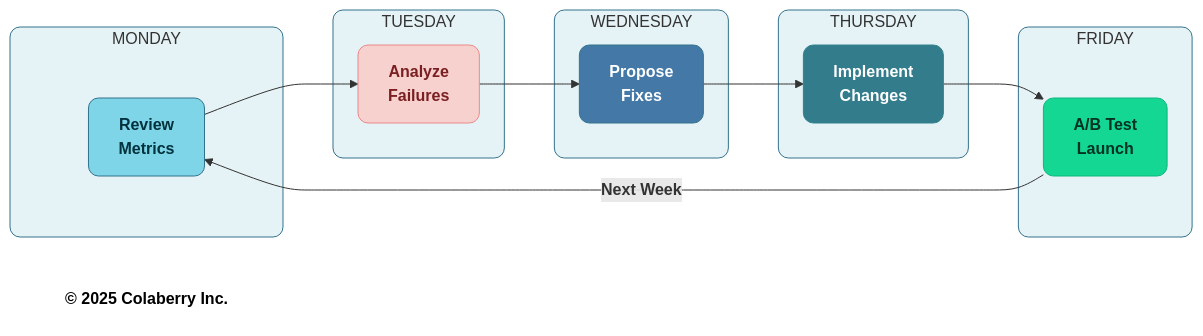
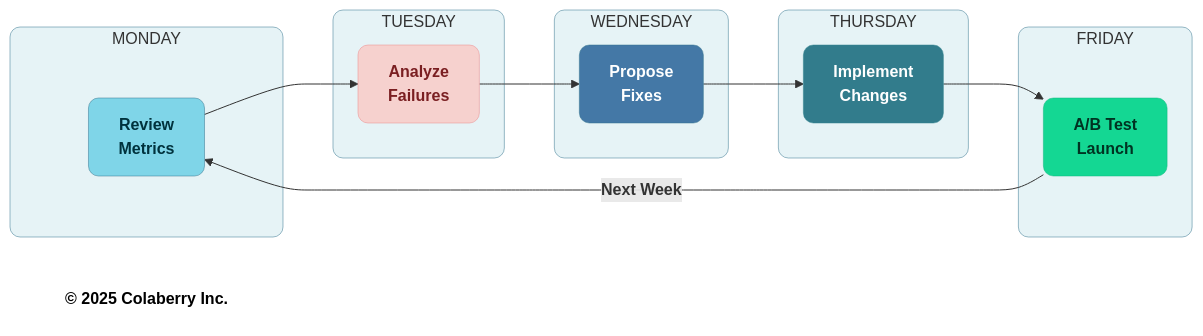
One commit to saitejesh-cyber/trust-before-intelligence-book changed the fifth of 6 diagrams in manuscript/13_chapter_12_running_agents_at_scale_v1_2.md. Above: the diagram before and after it, drawn with Mermaid. The commit also changed other lines of this file and 12 other files, not shown here.

Commit message:
Update stroke width to 0.5px instead of 1px to all the diagrams

````diff
--- a/manuscript/13_chapter_12_running_agents_at_scale_v1_2.md
+++ b/manuscript/13_chapter_12_running_agents_at_scale_v1_2.md
@@ -935,39 +935,39 @@
 ```mermaid
 graph LR
     subgraph MON["MONDAY"]
         M["<b>Review<br/>Metrics</b>"]
     end
     
     subgraph TUE["TUESDAY"]
         T["<b>Analyze<br/>Failures</b>"]
     end
     
     subgraph WED["WEDNESDAY"]
         W["<b>Propose<br/>Fixes</b>"]
     end
     
     subgraph THU["THURSDAY"]
         H["<b>Implement<br/>Changes</b>"]
     end
     
     subgraph FRI["FRIDAY"]
         F["<b>A/B Test<br/>Launch</b>"]
     end
     
     M --> T --> W --> H --> F
     F -->|<b>Next Week</b>| M
 
     Copyright["<b>© 2025 Colaberry Inc.</b>"]
     
-    style MON fill:#E6F3F6,stroke:#32738C,stroke-width:1px,rx:10,ry:10
-    style TUE fill:#E6F3F6,stroke:#32738C,stroke-width:1px,rx:10,ry:10
-    style WED fill:#E6F3F6,stroke:#32738C,stroke-width:1px,rx:10,ry:10
-    style THU fill:#E6F3F6,stroke:#32738C,stroke-width:1px,rx:10,ry:10
-    style FRI fill:#E6F3F6,stroke:#32738C,stroke-width:1px,rx:10,ry:10
-    style M fill:#7FD5E8,stroke:#32738C,stroke-width:1px,color:#00323D,rx:10,ry:10
-    style T fill:#F6D1CE,stroke:#EB898B,stroke-width:1px,color:#7A1F22,rx:10,ry:10
-    style W fill:#4478A6,stroke:#32738C,stroke-width:1px,color:#ffffff,rx:10,ry:10
-    style H fill:#327C8C,stroke:#30838C,stroke-width:1px,color:#ffffff,rx:10,ry:10
-    style F fill:#14D793,stroke:#0FB67D,stroke-width:1px,color:#003322,rx:10,ry:10
+    style MON fill:#E6F3F6,stroke:#32738C,stroke-width:0.5px,rx:10,ry:10
+    style TUE fill:#E6F3F6,stroke:#32738C,stroke-width:0.5px,rx:10,ry:10
+    style WED fill:#E6F3F6,stroke:#32738C,stroke-width:0.5px,rx:10,ry:10
+    style THU fill:#E6F3F6,stroke:#32738C,stroke-width:0.5px,rx:10,ry:10
+    style FRI fill:#E6F3F6,stroke:#32738C,stroke-width:0.5px,rx:10,ry:10
+    style M fill:#7FD5E8,stroke:#32738C,stroke-width:0.5px,color:#00323D,rx:10,ry:10
+    style T fill:#F6D1CE,stroke:#EB898B,stroke-width:0.5px,color:#7A1F22,rx:10,ry:10
+    style W fill:#4478A6,stroke:#32738C,stroke-width:0.5px,color:#ffffff,rx:10,ry:10
+    style H fill:#327C8C,stroke:#30838C,stroke-width:0.5px,color:#ffffff,rx:10,ry:10
+    style F fill:#14D793,stroke:#0FB67D,stroke-width:0.5px,color:#003322,rx:10,ry:10
     style Copyright fill:none,stroke:none,color:#000000
 ```
````
